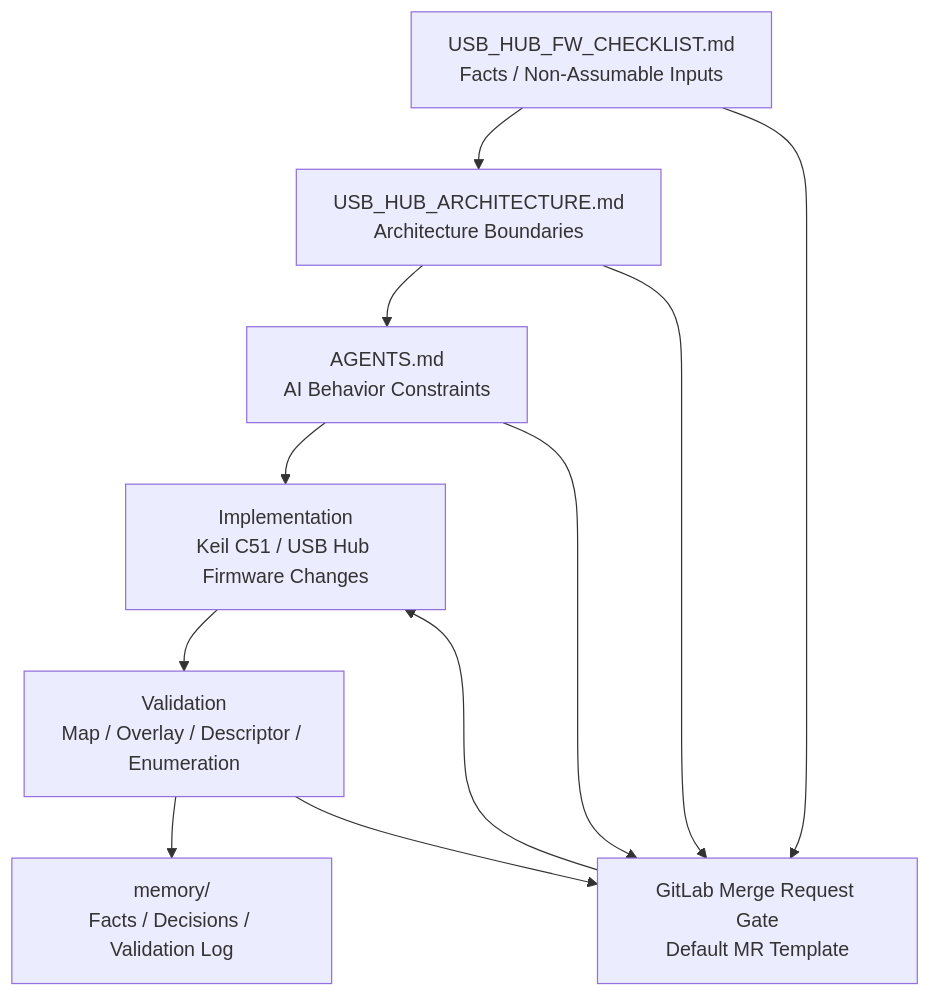
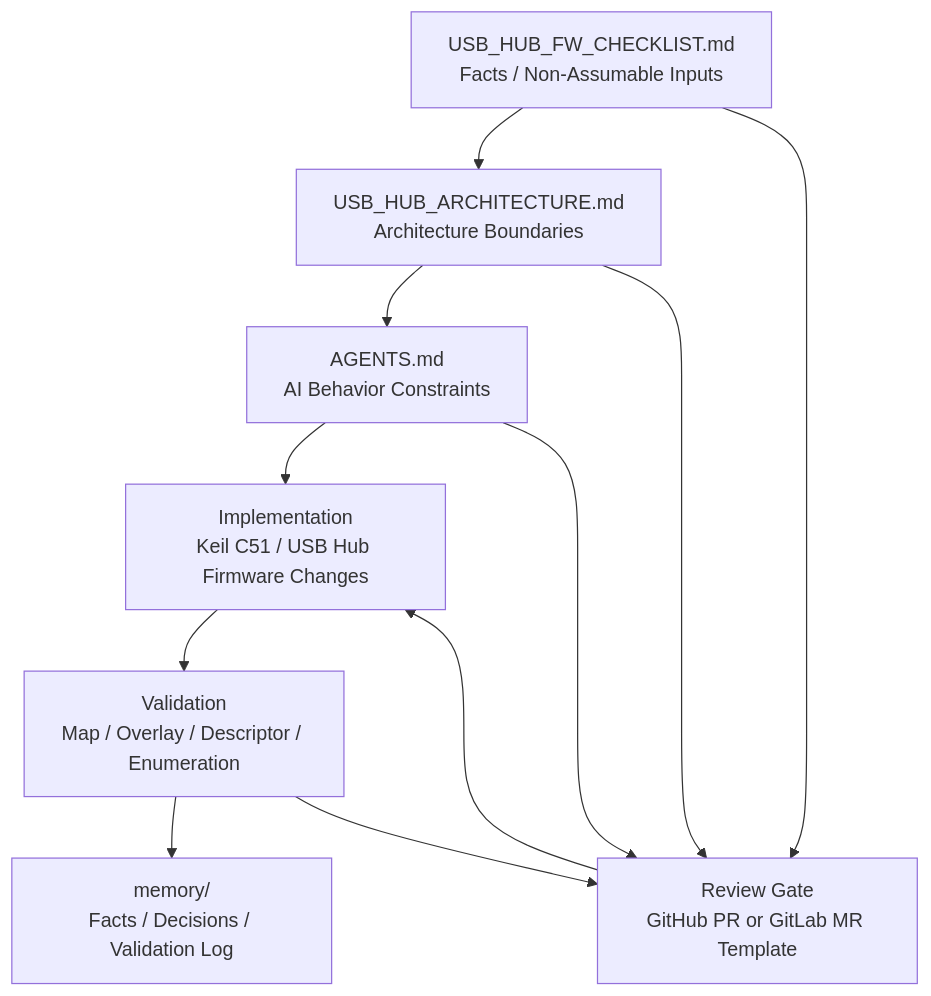
The diagram in README.md (GavinWu672/USB-Hub-Firmware-Architecture-Contract), drawn with Mermaid before and after one commit. The commit also changed other lines of this file and 2 other files, not shown here.

Commit message:
docs: align review gates and simplify repository entrypoint

````diff
--- a/README.md
+++ b/README.md
@@ -71,21 +35,21 @@
 ```mermaid
 flowchart TD
     A[USB_HUB_FW_CHECKLIST.md<br/>Facts / Non-Assumable Inputs]
     B[USB_HUB_ARCHITECTURE.md<br/>Architecture Boundaries]
     C[AGENTS.md<br/>AI Behavior Constraints]
     D[Implementation<br/>Keil C51 / USB Hub Firmware Changes]
     E[Validation<br/>Map / Overlay / Descriptor / Enumeration]
     F[memory/<br/>Facts / Decisions / Validation Log]
-    G[GitLab Merge Request Gate<br/>Default MR Template]
+    G[Review Gate<br/>GitHub PR or GitLab MR Template]
 
     A --> B
     B --> C
     C --> D
     D --> E
     E --> F
     A --> G
     B --> G
     C --> G
     E --> G
     G --> D
 ```
````
